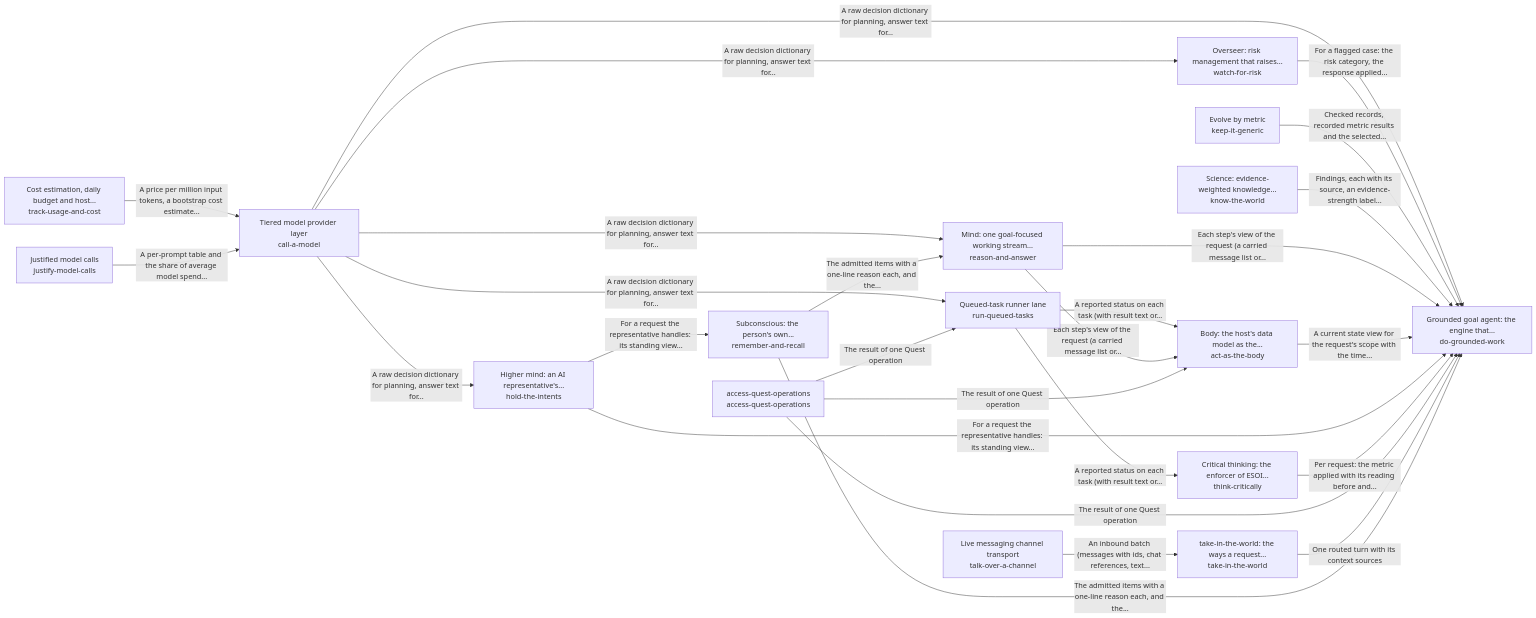
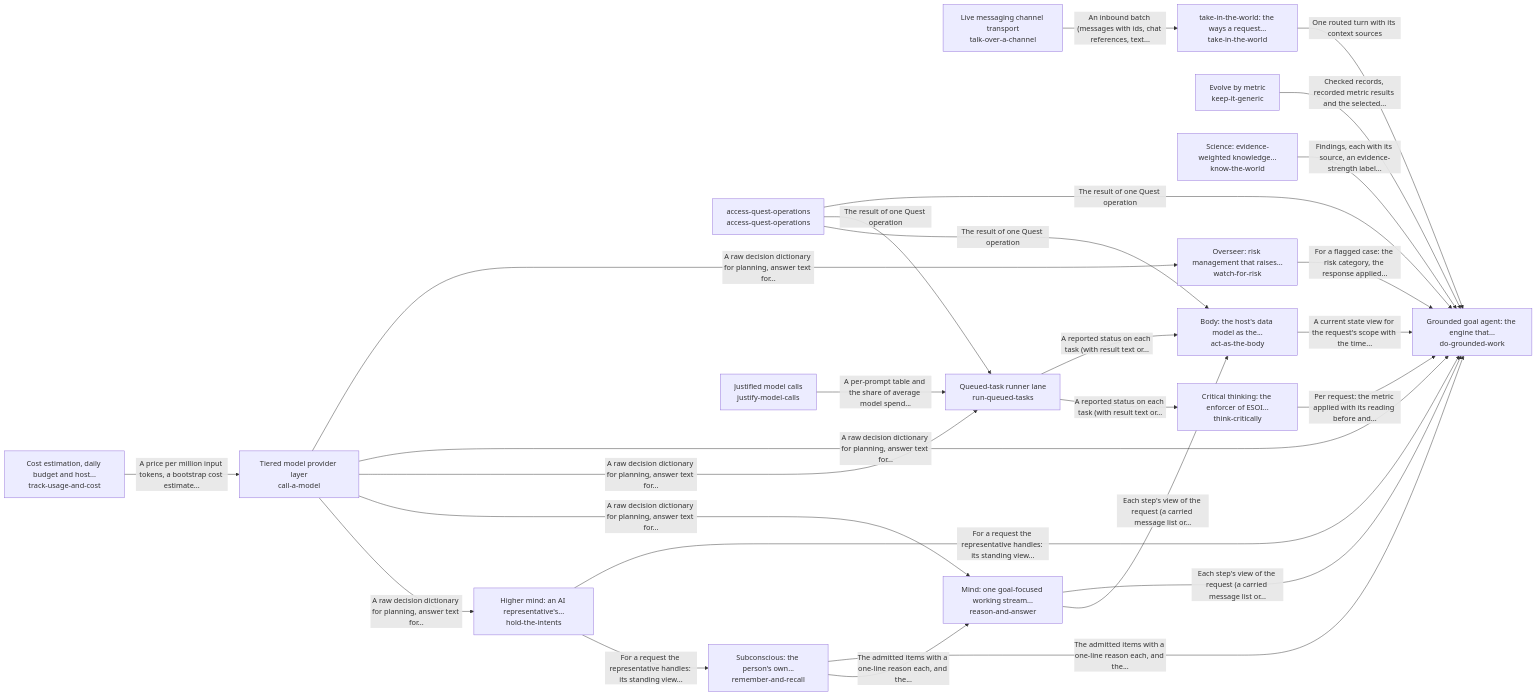
Before and after one commit to SpiritualData/quest-ai-runner: the diagram in esoi/README.md, drawn with Mermaid. The commit also changed other lines of this file and 19 other files, not shown here.

````diff
--- a/esoi/README.md
+++ b/esoi/README.md
@@ -17,44 +17,44 @@
 ```mermaid
 flowchart LR
     s0["Tiered model provider layer<br/>call-a-model"]
     s1["Live messaging channel transport<br/>talk-over-a-channel"]
     s2["Overseer: risk management that raises...<br/>watch-for-risk"]
     s3["Cost estimation, daily budget and host...<br/>track-usage-and-cost"]
     s4["Evolve by metric<br/>keep-it-generic"]
     s5["Science: evidence-weighted knowledge...<br/>know-the-world"]
     s6["Grounded goal agent: the engine that...<br/>do-grounded-work"]
     s7["Queued-task runner lane<br/>run-queued-tasks"]
     s8["Mind: one goal-focused working stream...<br/>reason-and-answer"]
     s9["Body: the host's data model as the...<br/>act-as-the-body"]
     s10["Higher mind: an AI representative's...<br/>hold-the-intents"]
     s11["Critical thinking: the enforcer of ESOI...<br/>think-critically"]
     s12["access-quest-operations<br/>access-quest-operations"]
     s13["take-in-the-world: the ways a request...<br/>take-in-the-world"]
     s14["Subconscious: the person's own...<br/>remember-and-recall"]
     s15["Justified model calls<br/>justify-model-calls"]
     s0 -->|"A raw decision dictionary for planning, answer text for..."| s2
     s0 -->|"A raw decision dictionary for planning, answer text for..."| s6
     s0 -->|"A raw decision dictionary for planning, answer text for..."| s7
     s0 -->|"A raw decision dictionary for planning, answer text for..."| s8
     s0 -->|"A raw decision dictionary for planning, answer text for..."| s10
     s1 -->|"An inbound batch (messages with ids, chat references, text..."| s13
     s2 -->|"For a flagged case: the risk category, the response applied..."| s6
     s3 -->|"A price per million input tokens, a bootstrap cost estimate..."| s0
     s4 -->|"Checked records, recorded metric results and the selected..."| s6
     s5 -->|"Findings, each with its source, an evidence-strength label..."| s6
     s7 -->|"A reported status on each task (with result text or..."| s9
     s7 -->|"A reported status on each task (with result text or..."| s11
     s8 -->|"Each step's view of the request (a carried message list or..."| s6
     s8 -->|"Each step's view of the request (a carried message list or..."| s9
     s9 -->|"A current state view for the request's scope with the time..."| s6
     s10 -->|"For a request the representative handles: its standing view..."| s6
     s10 -->|"For a request the representative handles: its standing view..."| s14
     s11 -->|"Per request: the metric applied with its reading before and..."| s6
     s12 -->|"The result of one Quest operation"| s6
     s12 -->|"The result of one Quest operation"| s7
     s12 -->|"The result of one Quest operation"| s9
     s13 -->|"One routed turn with its context sources"| s6
     s14 -->|"The admitted items with a one-line reason each, and the..."| s6
     s14 -->|"The admitted items with a one-line reason each, and the..."| s8
-    s15 -->|"A per-prompt table and the share of average model spend..."| s0
+    s15 -->|"A per-prompt table and the share of average model spend..."| s7
 ```
````
